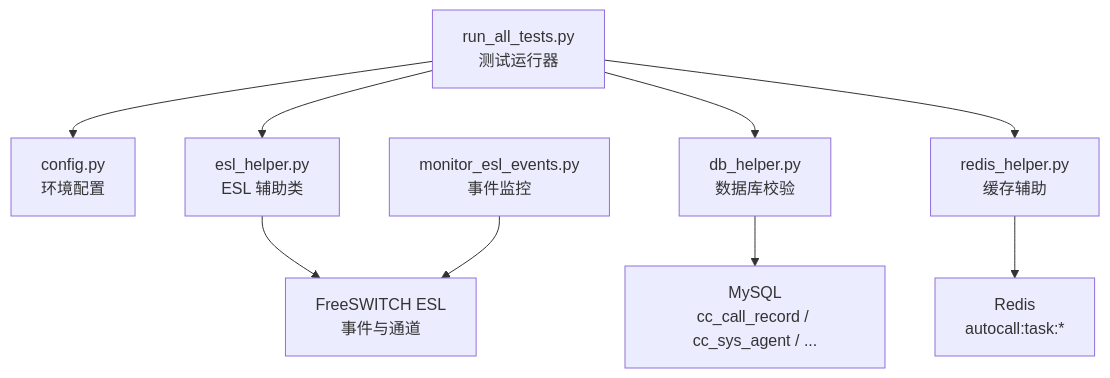
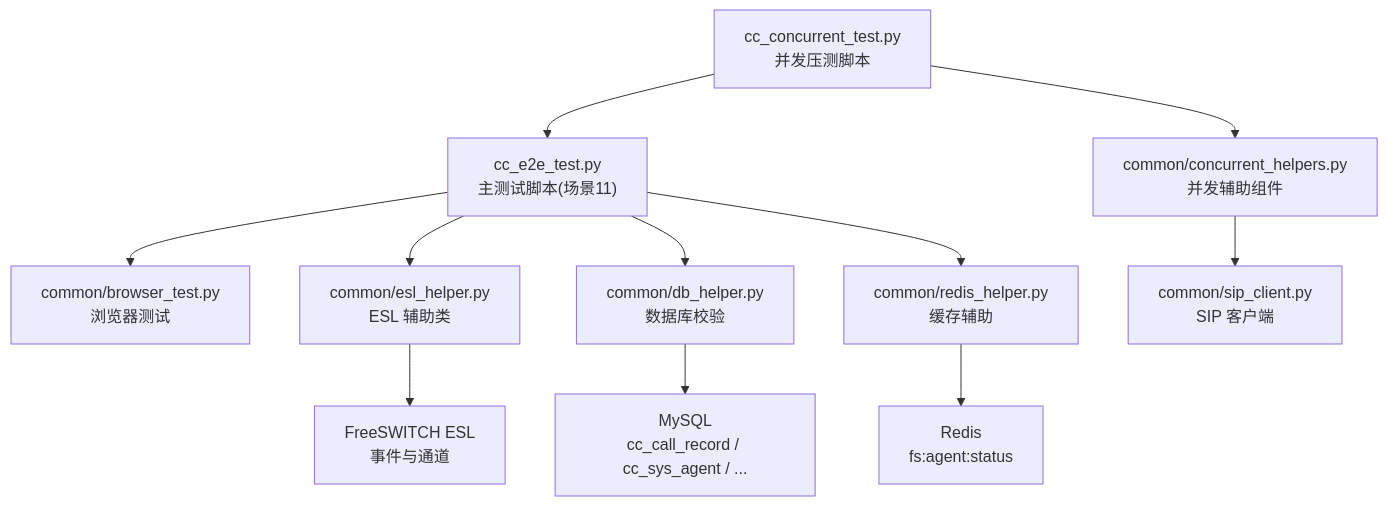
The first of 6 diagrams in .qoder/repowiki/zh/content/IVR流程系统/流程测试工具.md (D2Moqi/open-ipcc), drawn with Mermaid before and after one commit. The commit also changed other lines of this file and 577 other files, not shown here.

````diff
--- a/.qoder/repowiki/zh/content/IVR流程系统/流程测试工具.md
+++ b/.qoder/repowiki/zh/content/IVR流程系统/流程测试工具.md
@@ -44,11 +63,13 @@
 ```mermaid
 graph TB
-A["run_all_tests.py<br/>测试运行器"] --> B["config.py<br/>环境配置"]
-A --> C["esl_helper.py<br/>ESL 辅助类"]
-A --> D["db_helper.py<br/>数据库校验"]
-A --> E["redis_helper.py<br/>缓存辅助"]
-C --> F["FreeSWITCH ESL<br/>事件与通道"]
-D --> G["MySQL<br/>cc_call_record / cc_sys_agent / ..."]
-E --> H["Redis<br/>autocall:task:*"]
-I["monitor_esl_events.py<br/>事件监控"] --> F
+A["cc_concurrent_test.py<br/>并发压测脚本"] --> B["common/concurrent_helpers.py<br/>并发辅助组件"]
+A --> C["cc_e2e_test.py<br/>主测试脚本(场景11)"]
+C --> D["common/browser_test.py<br/>浏览器测试"]
+C --> E["common/esl_helper.py<br/>ESL 辅助类"]
+C --> F["common/db_helper.py<br/>数据库校验"]
+C --> G["common/redis_helper.py<br/>缓存辅助"]
+B --> H["common/sip_client.py<br/>SIP 客户端"]
+E --> I["FreeSWITCH ESL<br/>事件与通道"]
+F --> J["MySQL<br/>cc_call_record / cc_sys_agent / ..."]
+G --> K["Redis<br/>fs:agent:status"]
 ```
````
